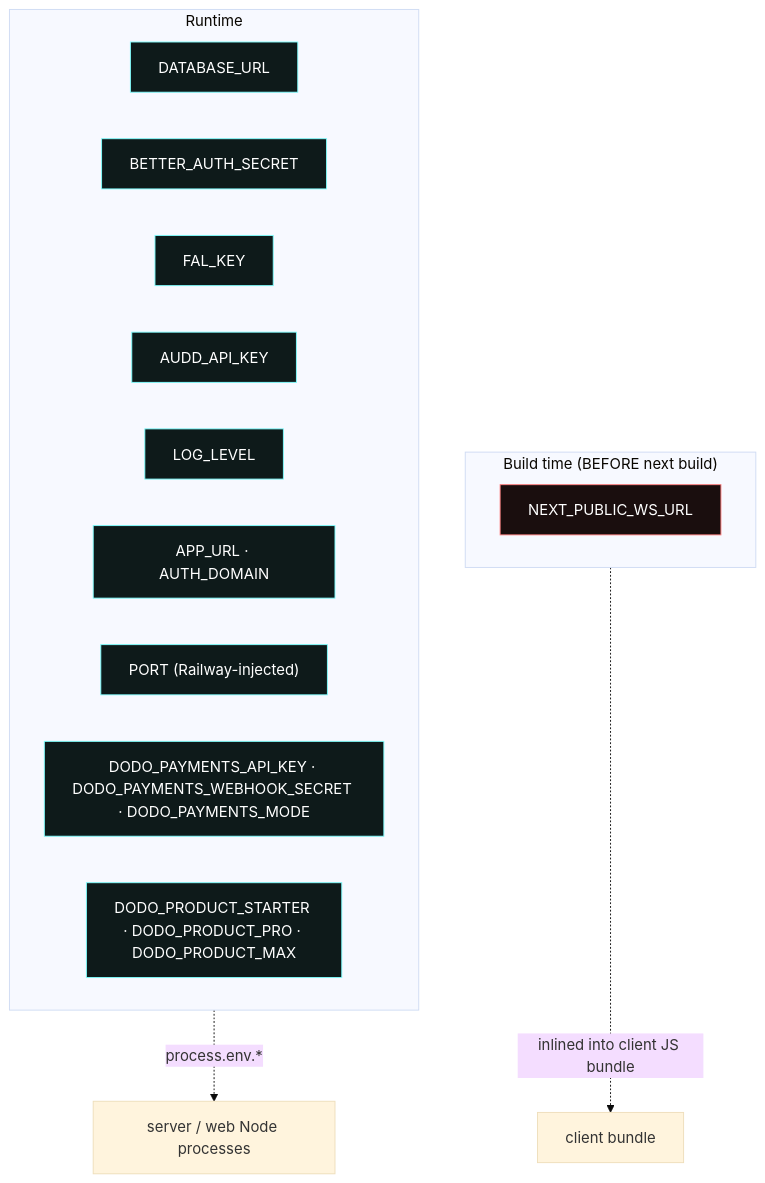
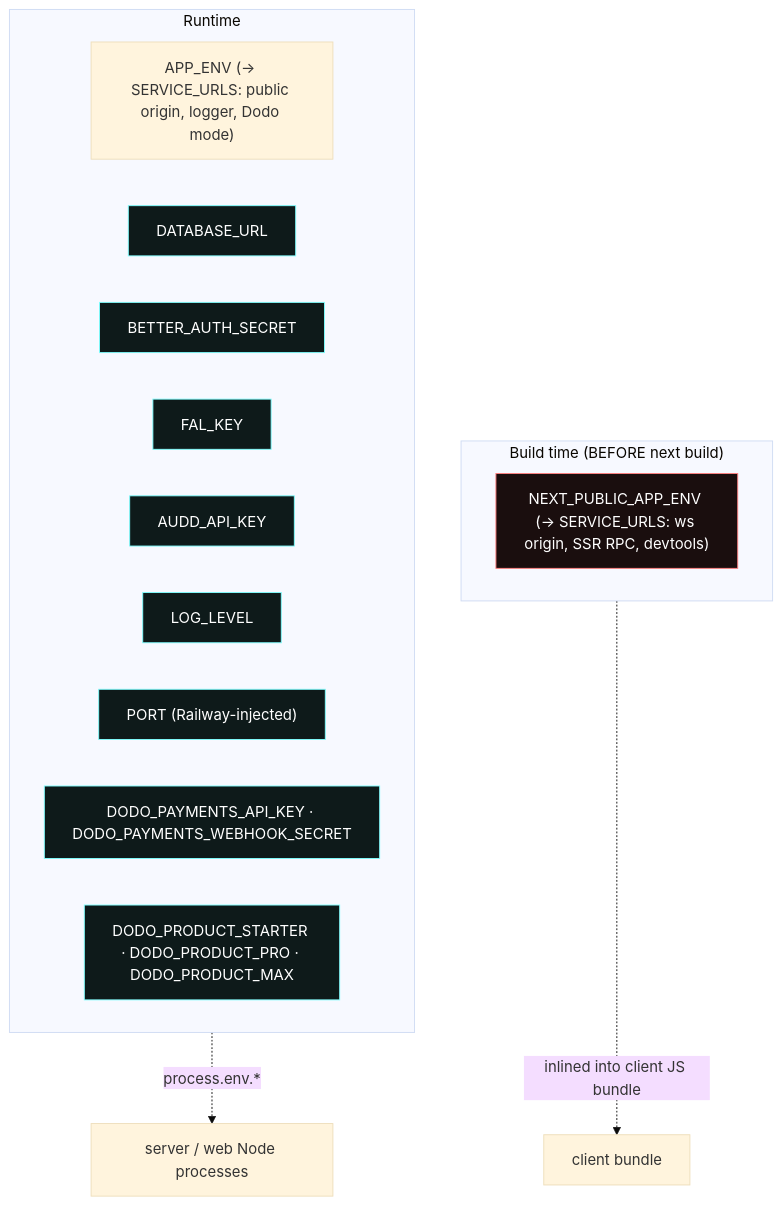
Before and after one commit to grmkris/sonara: the tenth of 13 diagrams in INFRASTRUCTURE.md, drawn with Mermaid (base theme). The commit also changed 18 other files, not shown here.

````diff
--- a/INFRASTRUCTURE.md
+++ b/INFRASTRUCTURE.md
@@ -342,28 +342,28 @@
 ```mermaid
 flowchart TB
     subgraph BT["Build time (BEFORE next build)"]
         direction LR
-        N1["NEXT_PUBLIC_WS_URL"]
+        N1["NEXT_PUBLIC_APP_ENV (→ SERVICE_URLS: ws origin, SSR RPC, devtools)"]
     end
 
     subgraph RT["Runtime"]
         direction LR
+        R0["APP_ENV (→ SERVICE_URLS: public origin, logger, Dodo mode)"]
         R1["DATABASE_URL"]
         R2["BETTER_AUTH_SECRET"]
         R3["FAL_KEY"]
         R4["AUDD_API_KEY"]
         R5["LOG_LEVEL"]
-        R6["APP_URL · AUTH_DOMAIN"]
         R7["PORT (Railway-injected)"]
-        R8["DODO_PAYMENTS_API_KEY · DODO_PAYMENTS_WEBHOOK_SECRET · DODO_PAYMENTS_MODE"]
+        R8["DODO_PAYMENTS_API_KEY · DODO_PAYMENTS_WEBHOOK_SECRET"]
         R9["DODO_PRODUCT_STARTER · DODO_PRODUCT_PRO · DODO_PRODUCT_MAX"]
     end
 
     BT -. "inlined into client JS bundle" .-> Browser["client bundle"]
     RT -. "process.env.*" .-> ServerProc["server / web Node processes"]
 
     classDef build fill:#1a0e0e,stroke:#ff7f7f,color:#fff
     classDef runtime fill:#0e1a1a,stroke:#7fffff,color:#fff
     class N1 build
     class R1,R2,R3,R4,R5,R6,R7,R8,R9 runtime
 ```
````
